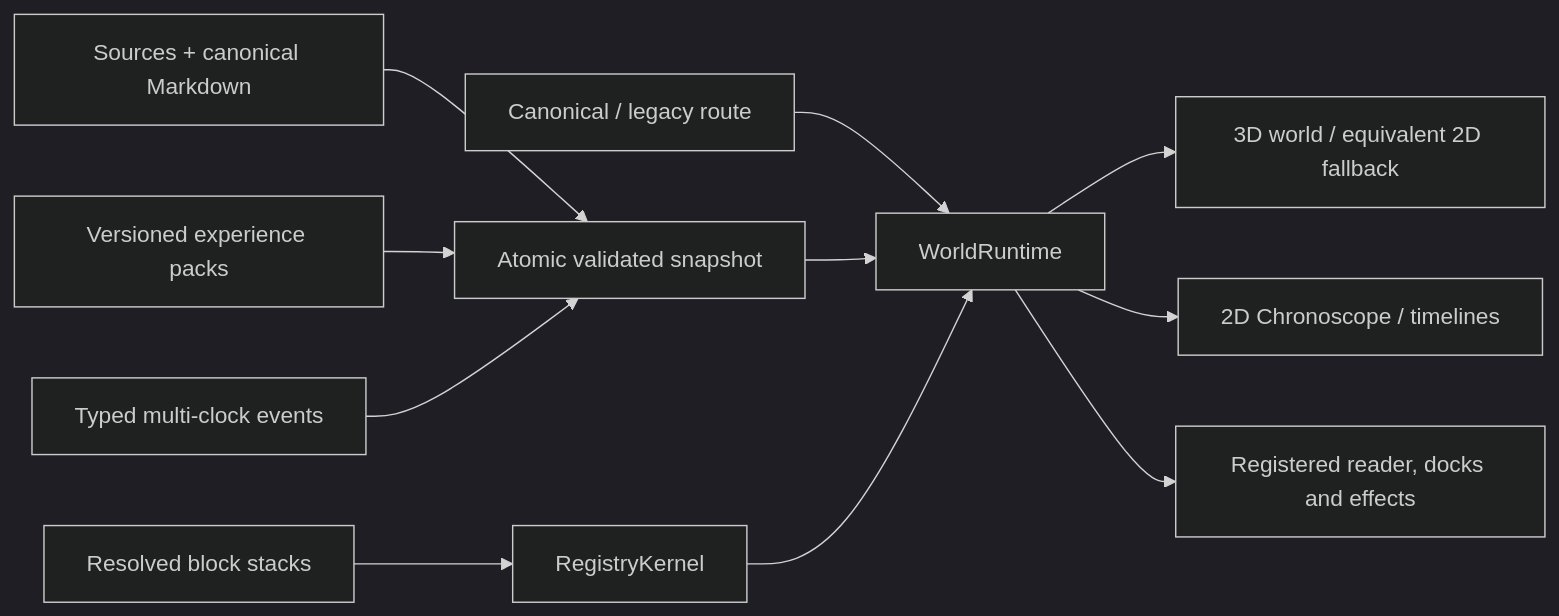
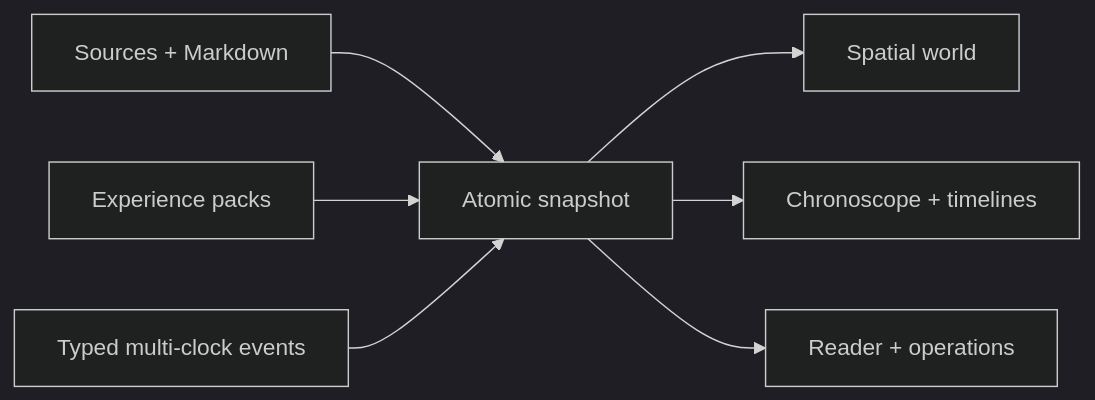
Before and after one commit to kimlage/wiki-viva-kit: the diagram in README.md, drawn with Mermaid (dark theme). The commit also changed other lines of this file and 51 other files, not shown here.

````diff
--- a/README.md
+++ b/README.md
@@ -22,13 +11,9 @@
 ```mermaid
 flowchart LR
-    Source["Sources + canonical Markdown"] --> Snapshot["Atomic validated snapshot"]
-    Packs["Versioned experience packs"] --> Snapshot
-    Temporal["Typed multi-clock events"] --> Snapshot
-    Route["Canonical / legacy route"] --> Runtime["WorldRuntime"]
-    Snapshot --> Runtime
-    Blocks["Resolved block stacks"] --> Registry["RegistryKernel"]
-    Registry --> Runtime
-    Runtime --> World["3D world / equivalent 2D fallback"]
-    Runtime --> Chronoscope["2D Chronoscope / timelines"]
-    Runtime --> Surfaces["Registered reader, docks and effects"]
+    Sources["Sources + Markdown"] --> Snapshot["Atomic snapshot"]
+    Packs["Experience packs"] --> Snapshot
+    Events["Typed multi-clock events"] --> Snapshot
+    Snapshot --> World["Spatial world"]
+    Snapshot --> Timeline["Chronoscope + timelines"]
+    Snapshot --> Reader["Reader + operations"]
 ```
````
